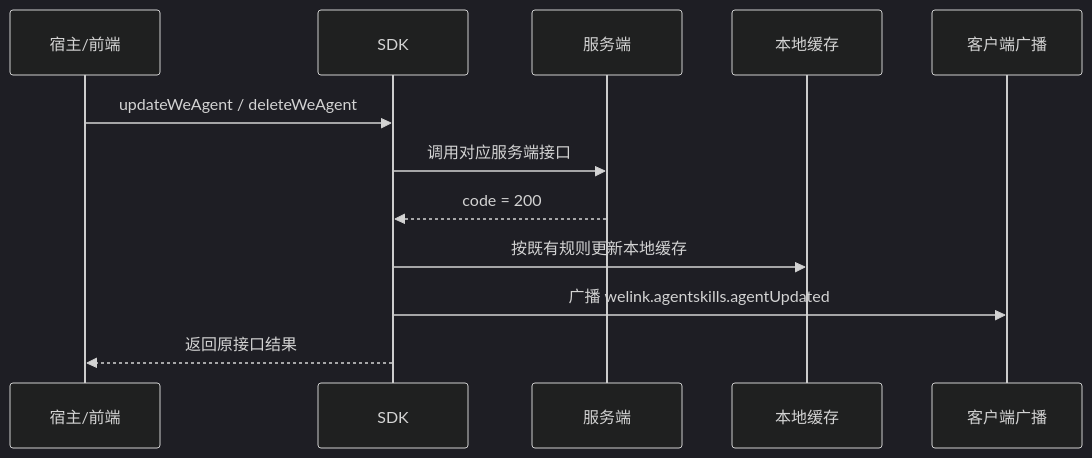
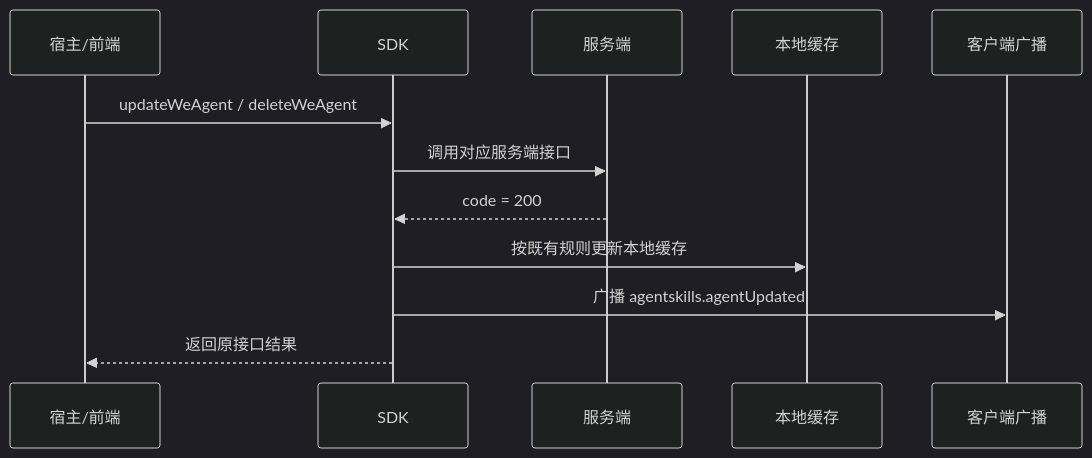
Before and after one commit to Abelsjcheng/skillSDK: the sixth of 9 diagrams in 2026-05-08-we-agent-detail-sync-plan.md, drawn with Mermaid (dark theme). The commit also changed other lines of this file, not shown here.

````diff
--- a/2026-05-08-we-agent-detail-sync-plan.md
+++ b/2026-05-08-we-agent-detail-sync-plan.md
@@ -166,15 +166,15 @@
 ```mermaid
 sequenceDiagram
     participant Host as 宿主/前端
     participant SDK as SDK
     participant Server as 服务端
     participant Cache as 本地缓存
     participant Broadcast as 客户端广播
 
     Host->>SDK: updateWeAgent / deleteWeAgent
     SDK->>Server: 调用对应服务端接口
     Server-->>SDK: code = 200
     SDK->>Cache: 按既有规则更新本地缓存
-    SDK->>Broadcast: 广播 welink.agentskills.agentUpdated
+    SDK->>Broadcast: 广播 agentskills.agentUpdated
     SDK-->>Host: 返回原接口结果
 ```
````
